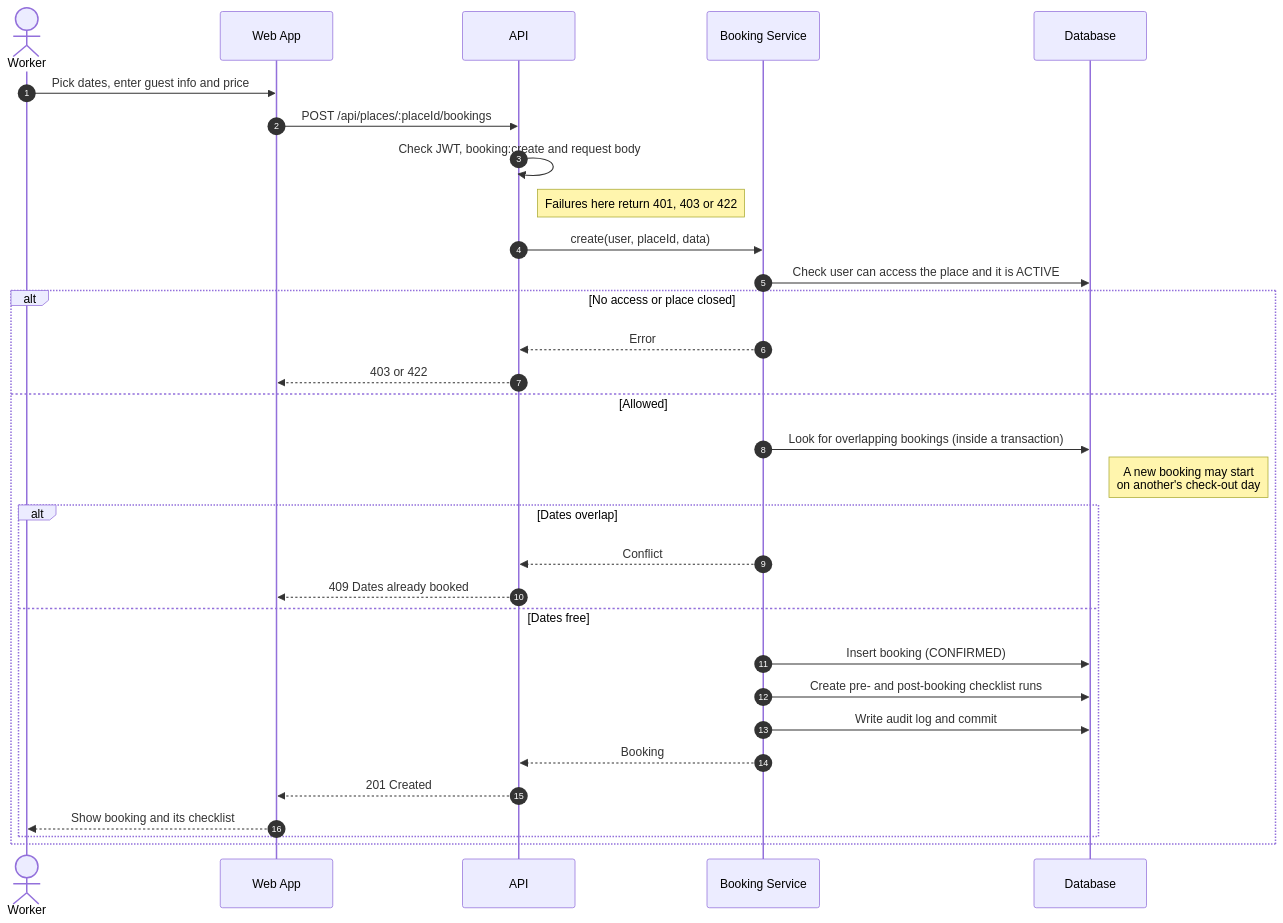
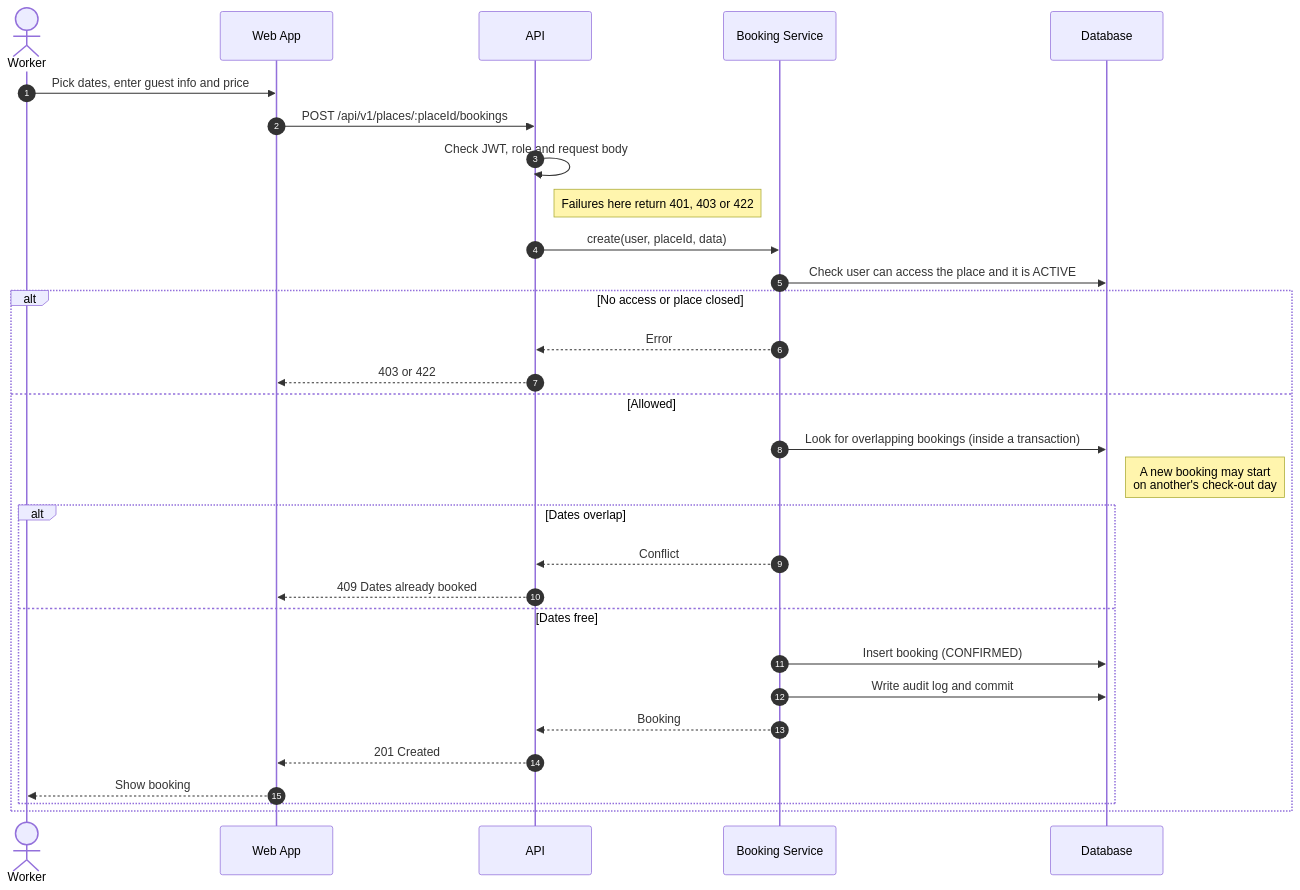
One commit to Abdulrahman-Wadani/Amlak changed the fifth of 8 diagrams in Stage-3/README.md. Above: the diagram before and after it, drawn with Mermaid. The commit also changed other lines of this file, not shown here.

````diff
--- a/Stage-3/README.md
+++ b/Stage-3/README.md
@@ -943,35 +939,34 @@
 ```mermaid
 sequenceDiagram
     autonumber
     actor W as Worker
     participant App as Web App
     participant API as API
     participant BS as Booking Service
     participant DB as Database
 
     W->>App: Pick dates, enter guest info and price
-    App->>API: POST /api/places/:placeId/bookings
-    API->>API: Check JWT, booking:create and request body
+    App->>API: POST /api/v1/places/:placeId/bookings
+    API->>API: Check JWT, role and request body
     Note right of API: Failures here return 401, 403 or 422
     API->>BS: create(user, placeId, data)
     BS->>DB: Check user can access the place and it is ACTIVE
 
     alt No access or place closed
         BS-->>API: Error
         API-->>App: 403 or 422
     else Allowed
         BS->>DB: Look for overlapping bookings (inside a transaction)
         Note right of DB: A new booking may start<br/>on another's check-out day
         alt Dates overlap
             BS-->>API: Conflict
             API-->>App: 409 Dates already booked
         else Dates free
             BS->>DB: Insert booking (CONFIRMED)
-            BS->>DB: Create pre- and post-booking checklist runs
             BS->>DB: Write audit log and commit
             BS-->>API: Booking
             API-->>App: 201 Created
-            App-->>W: Show booking and its checklist
+            App-->>W: Show booking
         end
     end
 ```
````
